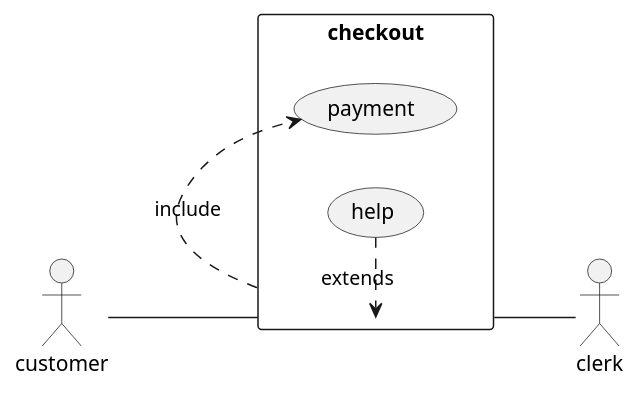
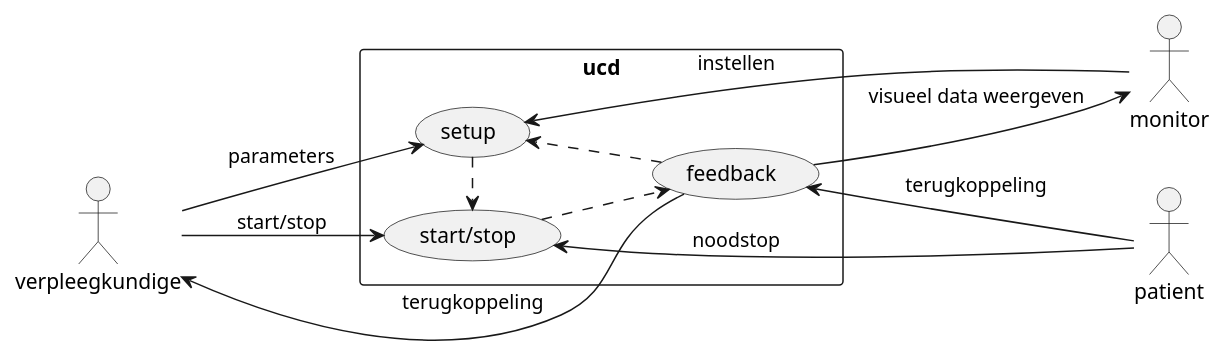
The diagram in UML/Use_case.puml (teunrensing/APPS), drawn with PlantUML before and after one commit.

Commit message:
Update Use_case.uml
Updated Use case diagram

```diff
--- a/UML/Use_case.puml
+++ b/UML/Use_case.puml
@@ -1,12 +1,24 @@
 @startuml
 left to right direction
 skinparam packageStyle rectangle
-actor customer
-actor clerk
-rectangle checkout {
-  customer -- (checkout)
-  (checkout) .> (payment) : include
-  (help) .> (checkout) : extends
-  (checkout) -- clerk
+actor verpleegkundige
+actor patient
+actor monitor
+rectangle ucd {
+  
+  (setup).>(start/stop)
+  (start/stop)..>(feedback)
+  (feedback).>(setup)
+
+verpleegkundige --> (start/stop):start/stop
+verpleegkundige--> (setup): parameters
+verpleegkundige<-- (feedback): terugkoppeling
+(feedback) <--patient: terugkoppeling
+(start/stop)<--patient: noodstop
+(feedback)-->monitor:visueel data weergeven
+(setup) <--monitor: instellen
+
 }
+
+
 @enduml
```
